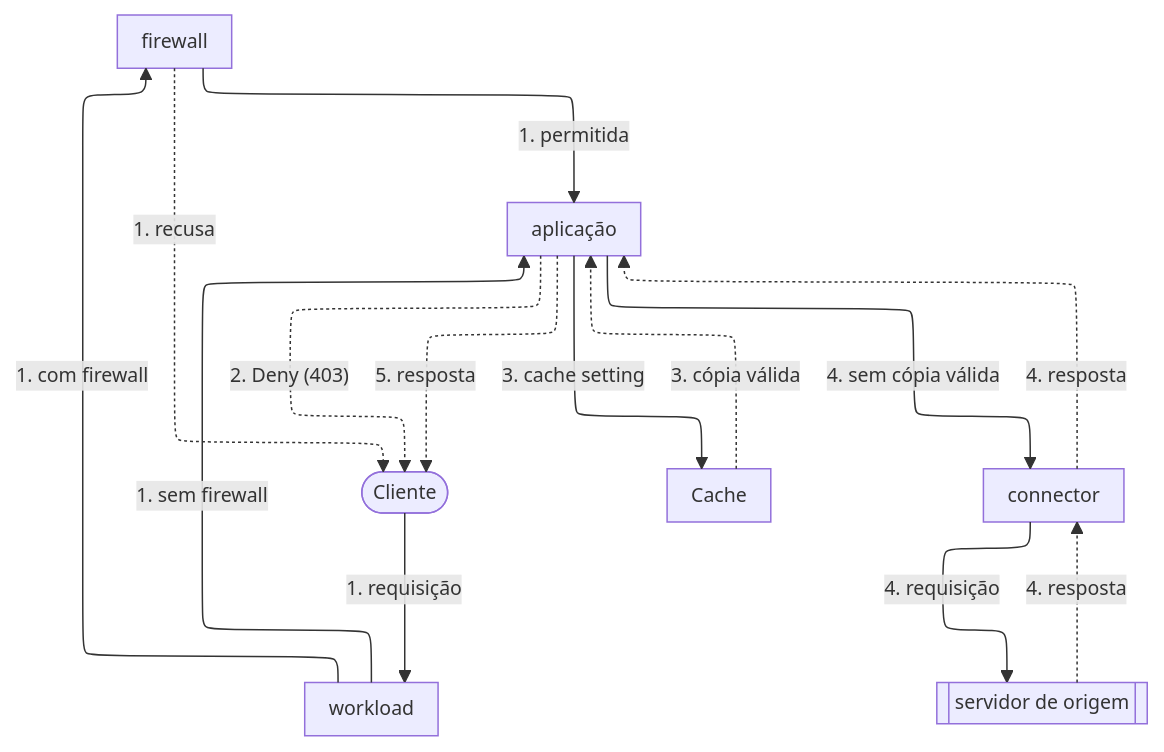
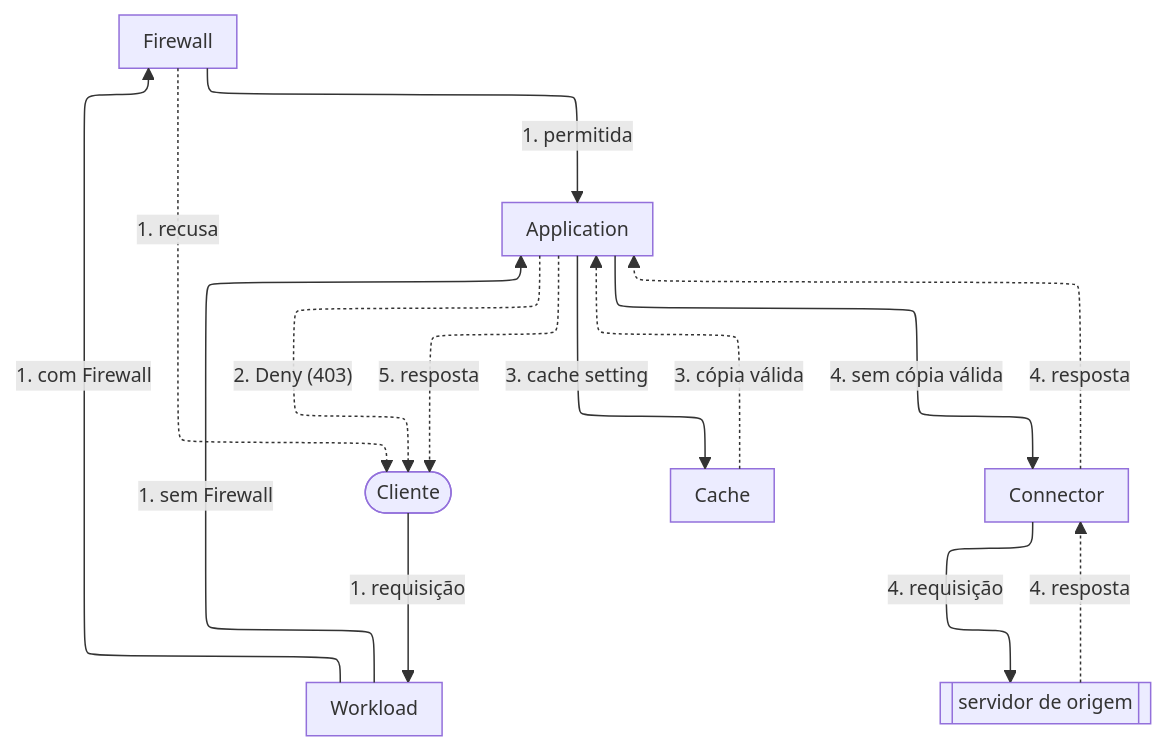
Before and after one commit to aziontech/docs: the diagram in apps/docs/src/content/docs/pt-br/pages/menu-principal/referencia/build/edge-application/edge-application.mdx, drawn with Mermaid. The commit also changed other lines of this file and 3 other files, not shown here.

````diff
--- a/apps/docs/src/content/docs/pt-br/pages/menu-principal/referencia/build/edge-application/edge-application.mdx
+++ b/apps/docs/src/content/docs/pt-br/pages/menu-principal/referencia/build/edge-application/edge-application.mdx
@@ -69,24 +69,24 @@
 ```mermaid
 %%{init: {"layout": "elk", "elk": {"cycleBreakingStrategy": "MODEL_ORDER"}, "themeVariables": {"fontSize": "13px"}, "flowchart": {"nodeSpacing": 24, "rankSpacing": 36, "padding": 8, "wrappingWidth": 150, "useMaxWidth": true}, "sequence": {"width": 120, "actorMargin": 30, "useMaxWidth": true}}}%%
 flowchart TD
   Client(["Cliente"])
-  WL["workload"]
-  FW["firewall"]
-  App["aplicação"]
+  WL["Workload"]
+  FW["Firewall"]
+  App["Application"]
   Cache["Cache"]
-  Conn["connector"]
+  Conn["Connector"]
   Origin[["servidor de origem"]]
   Client -->|"1. requisição"| WL
-  WL -->|"1. com firewall"| FW
-  WL -->|"1. sem firewall"| App
+  WL -->|"1. com Firewall"| FW
+  WL -->|"1. sem Firewall"| App
   FW -->|"1. permitida"| App
   FW -.->|"1. recusa"| Client
   App -.->|"2. Deny (403)"| Client
   App -->|"3. cache setting"| Cache
   Cache -.->|"3. cópia válida"| App
   App -->|"4. sem cópia válida"| Conn
   Conn -->|"4. requisição"| Origin
   Origin -.->|"4. resposta"| Conn
   Conn -.->|"4. resposta"| App
   App -.->|"5. resposta"| Client
 ```
````
